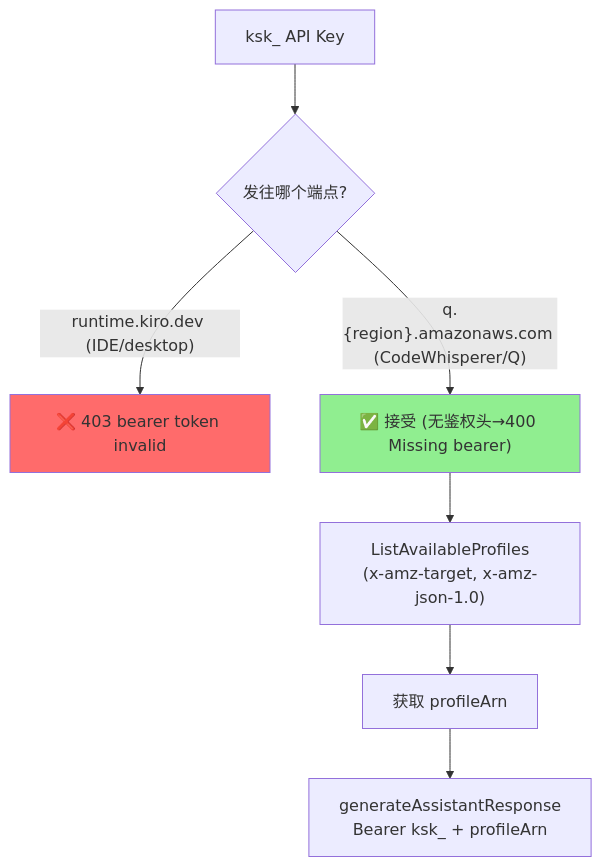
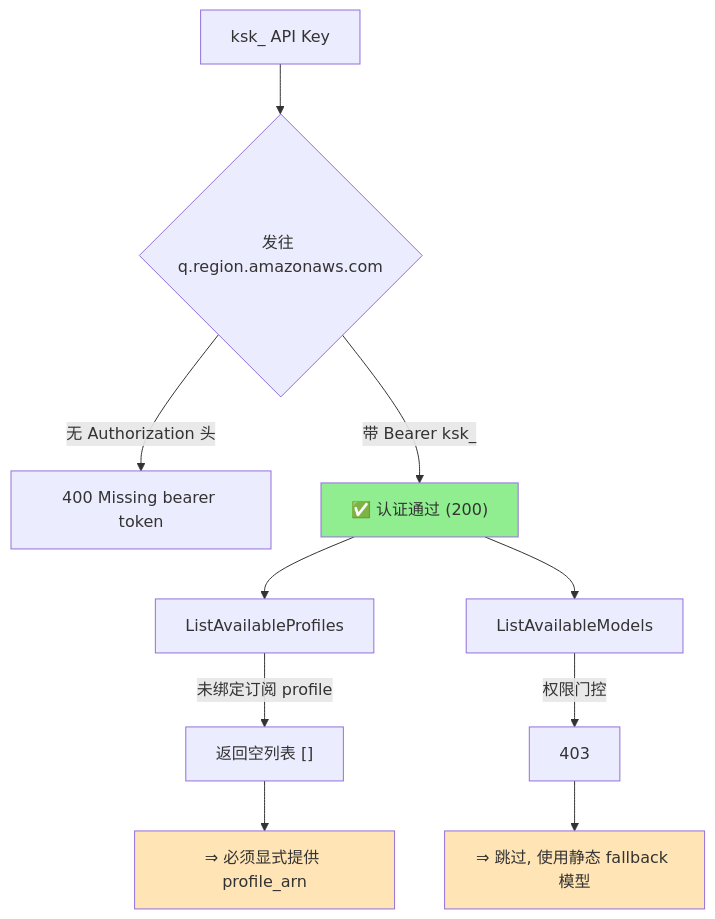
One commit to liangyimingcom/kiro-gateway_jwadow changed the first of 5 diagrams in docs/zh/API_KEY_AUTH_DESIGN.md. Above: the diagram before and after it, drawn with Mermaid. The commit also changed other lines of this file and 6 other files, not shown here.

First line of the commit message:
feat(auth): API key as session credential - explicit profile_arn + skip ListAvailableModels

````diff
--- a/docs/zh/API_KEY_AUTH_DESIGN.md
+++ b/docs/zh/API_KEY_AUTH_DESIGN.md
@@ -96,13 +42,18 @@
 ```mermaid
 flowchart TD
-    K["ksk_ API Key"] --> EP{发往哪个端点?}
-    EP -->|"runtime.kiro.dev (IDE/desktop)"| R403["❌ 403 bearer token invalid"]
-    EP -->|"q.{region}.amazonaws.com (CodeWhisperer/Q)"| R200["✅ 接受 (无鉴权头→400 Missing bearer)"]
+    K["ksk_ API Key"] --> AUTH{发往 q.region.amazonaws.com}
+    AUTH -->|无 Authorization 头| E400["400 Missing bearer token"]
+    AUTH -->|带 Bearer ksk_| OK["✅ 认证通过 (200)"]
 
-    R200 --> LP["ListAvailableProfiles<br/>(x-amz-target, x-amz-json-1.0)"]
-    LP --> ARN["获取 profileArn"]
-    ARN --> GEN["generateAssistantResponse<br/>Bearer ksk_ + profileArn"]
+    OK --> LP["ListAvailableProfiles"]
+    OK --> LM["ListAvailableModels"]
+    LP -->|未绑定订阅 profile| EMPTY["返回空列表 []"]
+    LM -->|权限门控| F403["403"]
 
-    style R403 fill:#ff6b6b
-    style R200 fill:#90EE90
+    EMPTY --> NEED["⇒ 必须显式提供 profile_arn"]
+    F403 --> STATIC["⇒ 跳过, 使用静态 fallback 模型"]
+
+    style OK fill:#90EE90
+    style NEED fill:#FFE4B5
+    style STATIC fill:#FFE4B5
 ```
````
